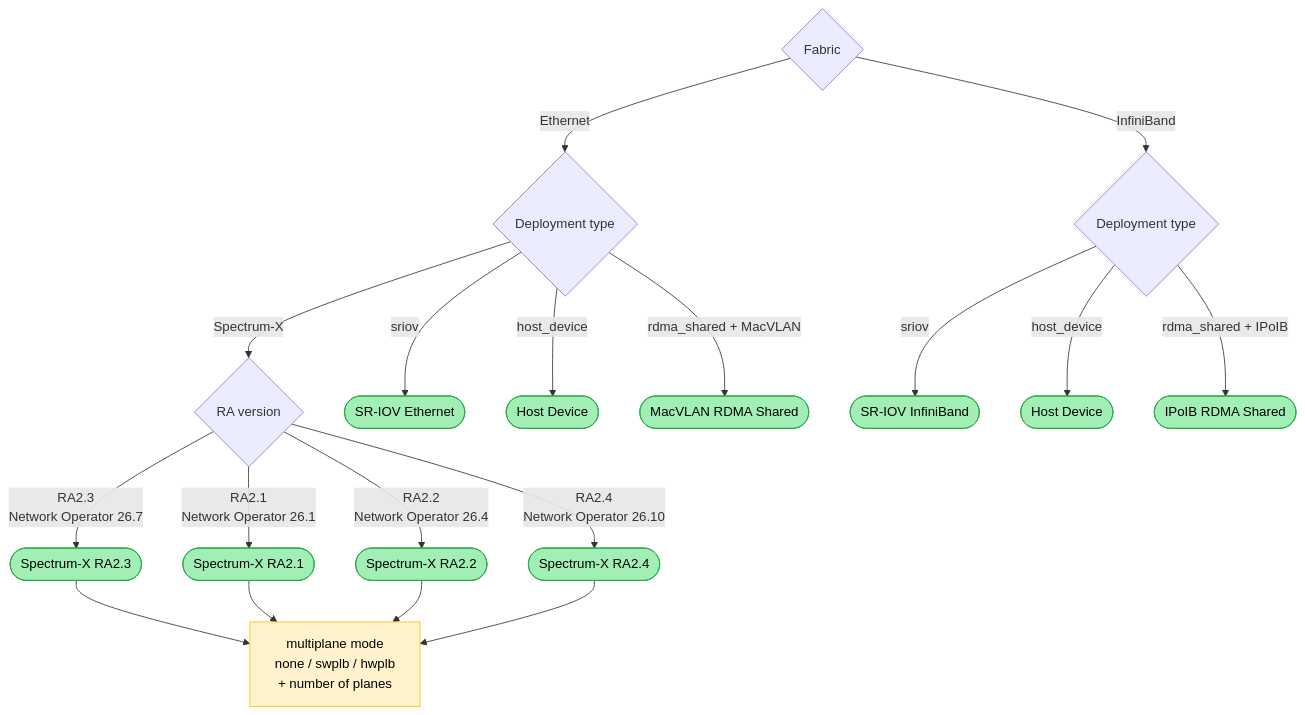
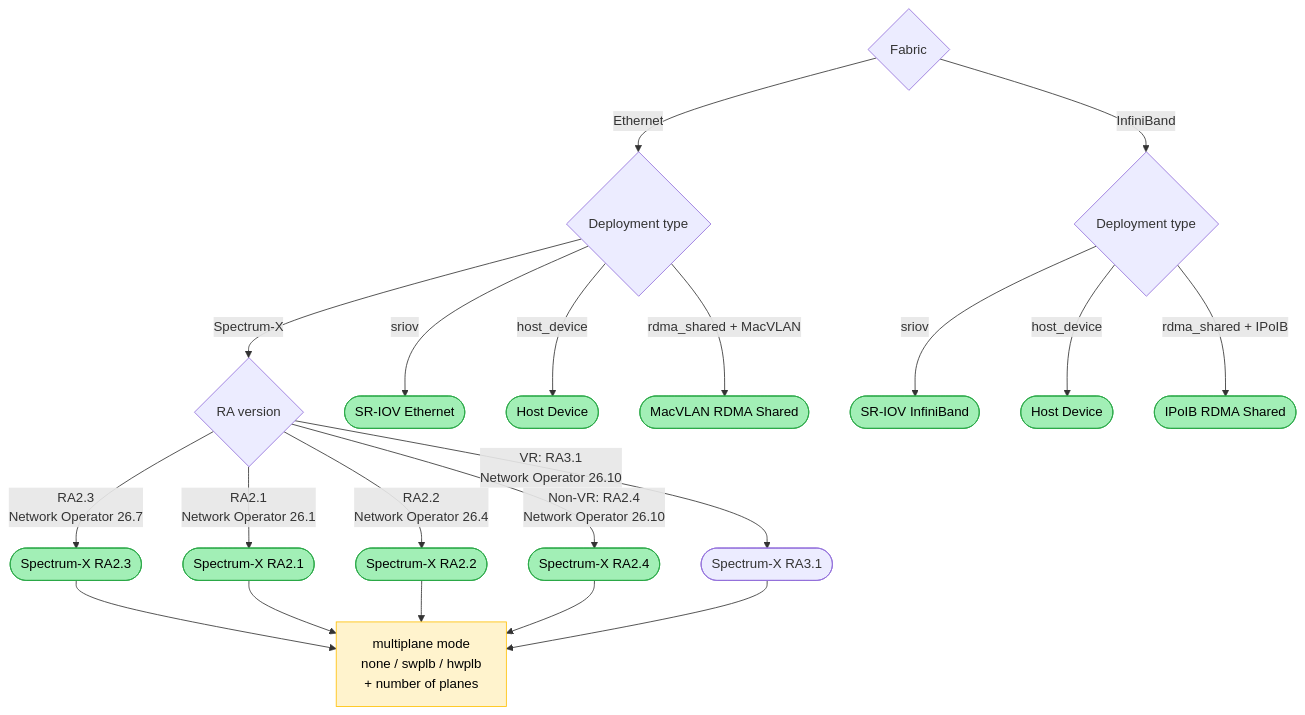
The diagram in docs/k8s-launch-kit/profiles/profiles.rst (Mellanox/network-operator-docs), drawn with Mermaid before and after one commit. The commit also changed other lines of this file and 16 other files, not shown here.

```diff
--- a/docs/k8s-launch-kit/profiles/profiles.rst
+++ b/docs/k8s-launch-kit/profiles/profiles.rst
@@ -51,29 +51,31 @@
 .. mermaid::
 
    flowchart TD
        Start{Fabric}
        Start -->|Ethernet| EthDT{Deployment type}
        Start -->|InfiniBand| IBDT{Deployment type}
        EthDT -->|Spectrum-X| SPCXRA{RA version}
 
        EthDT -->|sriov| SRIOVE([SR-IOV Ethernet])
        EthDT -->|host_device| HDE([Host Device])
        EthDT -->|rdma_shared + MacVLAN| MV([MacVLAN RDMA Shared])
 
        IBDT -->|sriov| SRIOVIB([SR-IOV InfiniBand])
        IBDT -->|host_device| HDI([Host Device])
        IBDT -->|rdma_shared + IPoIB| IPOIB([IPoIB RDMA Shared])
 
-       SPCXRA -->|RA2.4<br/>Network Operator 26.10| SX4([Spectrum-X RA2.4])
+       SPCXRA -->|Non-VR: RA2.4<br/>Network Operator 26.10| SX4([Spectrum-X RA2.4])
+       SPCXRA -->|VR: RA3.1<br/>Network Operator 26.10| SX31([Spectrum-X RA3.1])
        SPCXRA -->|RA2.2<br/>Network Operator 26.4| SX2([Spectrum-X RA2.2])
        SPCXRA -->|RA2.3<br/>Network Operator 26.7| SX3([Spectrum-X RA2.3])
        SPCXRA -->|RA2.1<br/>Network Operator 26.1| SX1([Spectrum-X RA2.1])
        SX3 --> MPM[multiplane mode<br/>none / swplb / hwplb<br/>+ number of planes]
        SX1 --> MPM
        SX2 --> MPM
        SX4 --> MPM
+       SX31 --> MPM
 
        classDef profile fill:#a2efb6,stroke:#28a745,color:#000
        classDef params fill:#fff3cd,stroke:#ffc107,color:#000
        class SRIOVE,HDE,MV,SRIOVIB,HDI,IPOIB,SX1,SX2,SX3,SX4 profile
        class MPM params
```
